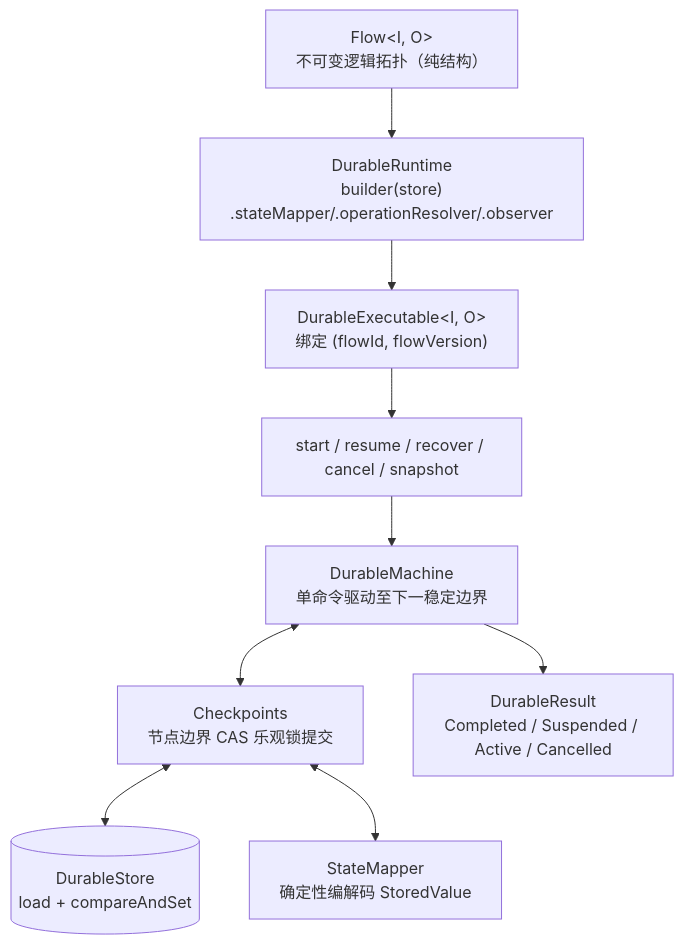
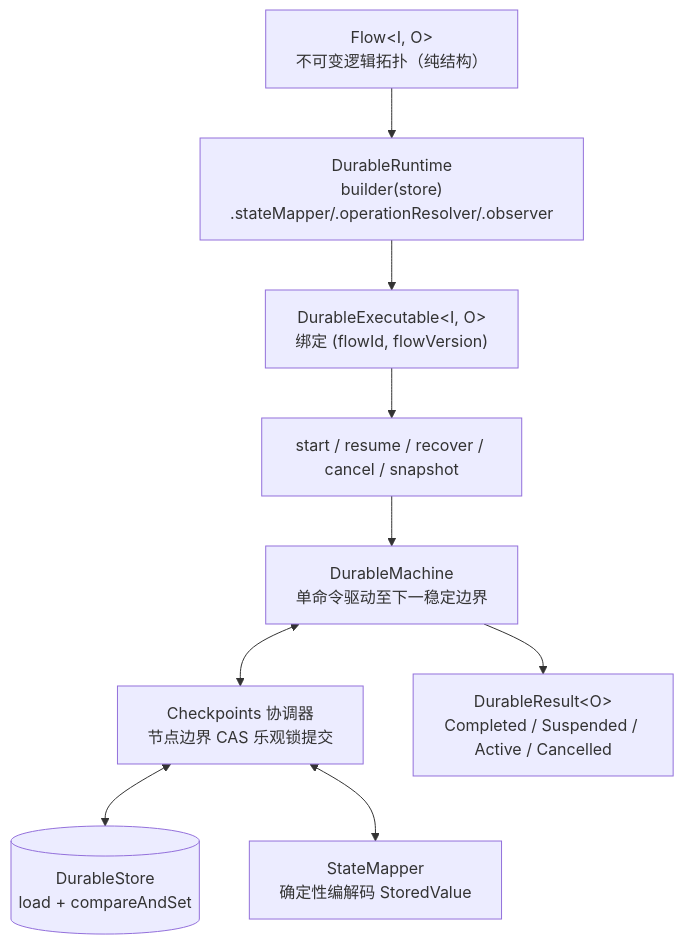
The diagram in docs/flow/flow-durable.md (team4u/team4u-framework), drawn with Mermaid before and after one commit. The commit also changed other lines of this file and 21 other files, not shown here.

Commit message:
docs(flow): deepen technical documentation across core, governance, durable, and testing

````diff
--- a/docs/flow/flow-durable.md
+++ b/docs/flow/flow-durable.md
@@ -17,11 +17,11 @@
 ```mermaid
 graph TD
     F["Flow&lt;I, O&gt;<br/>不可变逻辑拓扑（纯结构）"] --> RT["DurableRuntime<br/>builder(store)<br/>.stateMapper/.operationResolver/.observer"]
     RT --> EX["DurableExecutable&lt;I, O&gt;<br/>绑定 (flowId, flowVersion)"]
     EX --> CMD["start / resume / recover / cancel / snapshot"]
     CMD --> M["DurableMachine<br/>单命令驱动至下一稳定边界"]
-    M <--> CK["Checkpoints<br/>节点边界 CAS 乐观锁提交"]
+    M <--> CK["Checkpoints 协调器<br/>节点边界 CAS 乐观锁提交"]
     CK <--> ST[("DurableStore<br/>load + compareAndSet")]
     CK <--> SM["StateMapper<br/>确定性编解码 StoredValue"]
-    M --> RES["DurableResult<br/>Completed / Suspended / Active / Cancelled"]
+    M --> RES["DurableResult&lt;O&gt;<br/>Completed / Suspended / Active / Cancelled"]
 ```
````
